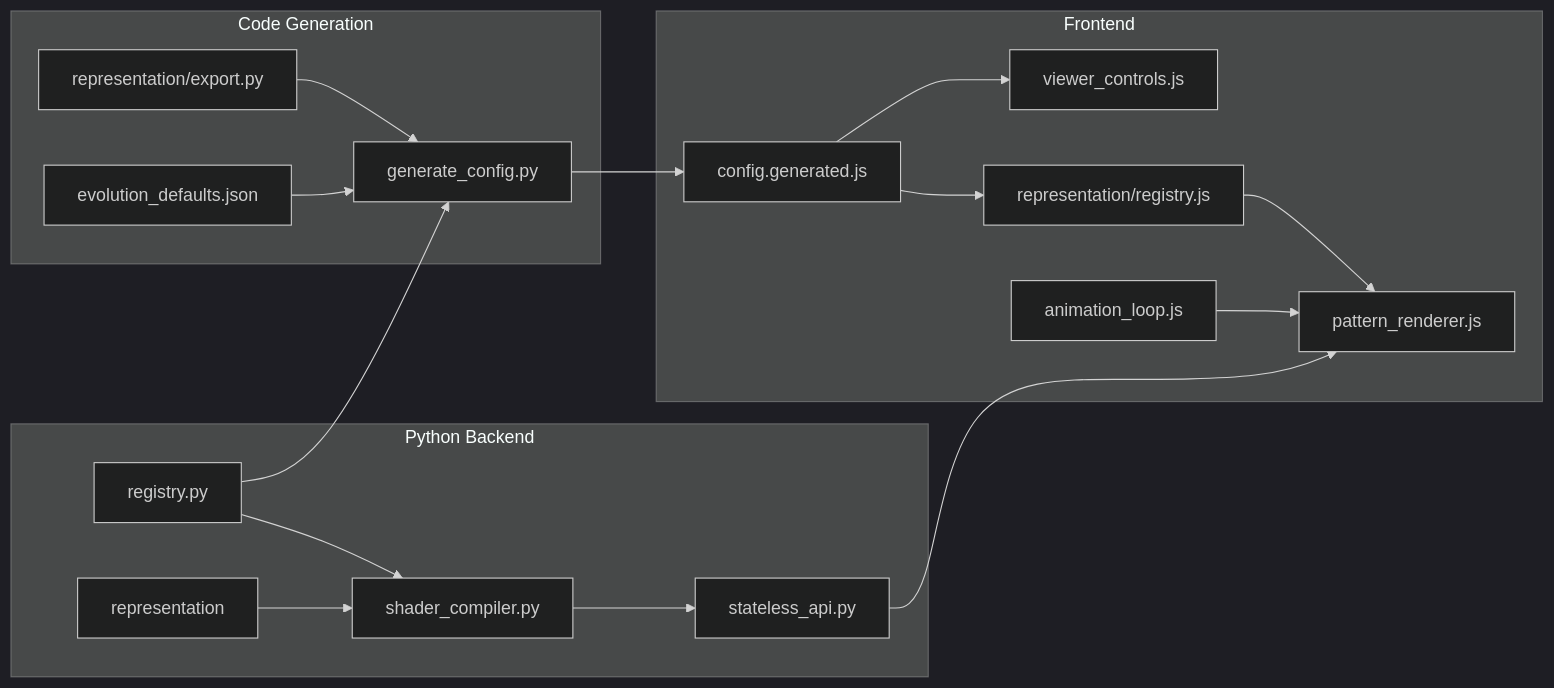
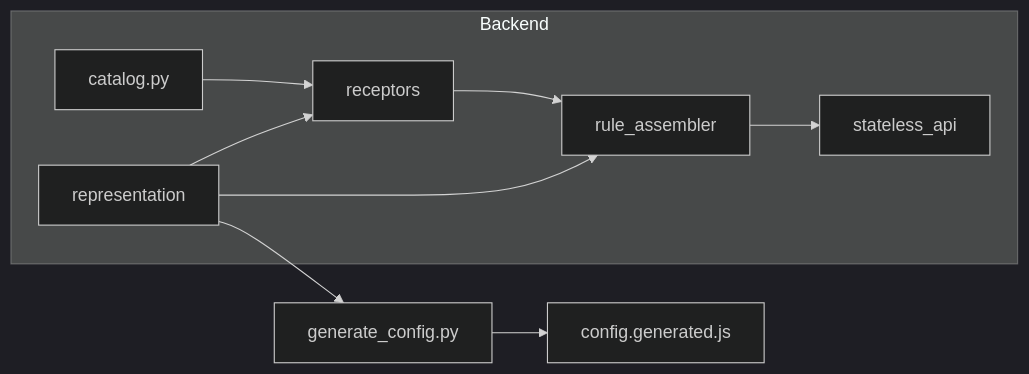
Before and after one commit to KeithPatarroyo/eyecatcher: the diagram in RESEARCHER_GUIDE.md, drawn with Mermaid (dark theme). The commit also changed other lines of this file, not shown here.

````diff
--- a/RESEARCHER_GUIDE.md
+++ b/RESEARCHER_GUIDE.md
@@ -51,24 +40,13 @@
 ```mermaid
 flowchart LR
-    subgraph python [Python Backend]
-        Signals[registry.py] --> ShaderCompiler[shader_compiler.py]
+    subgraph backend [Backend]
         Rep[representation]
-        Rep --> ShaderCompiler
-        ShaderCompiler --> API[stateless_api.py]
+        Rep --> Receptors[receptors]
+        Rep --> RuleAssembler[rule_assembler]
+        Catalog[catalog.py] --> Receptors
+        Receptors --> RuleAssembler
+        RuleAssembler --> API[stateless_api]
     end
-
-    subgraph codegen [Code Generation]
-        Signals --> GenConfig[generate_config.py]
-        RepExport[representation/export.py] --> GenConfig
-        Defaults[evolution_defaults.json] --> GenConfig
-    end
-
-    subgraph frontend [Frontend]
-        GenConfig --> Unified[config.generated.js]
-        Unified --> ViewerControls[viewer_controls.js]
-        Unified --> Registry[representation/registry.js]
-        Registry --> PatternRenderer[pattern_renderer.js]
-        AnimLoop[animation_loop.js] --> PatternRenderer
-        API --> PatternRenderer
-    end
+    GenConfig[generate_config.py] --> Frontend[config.generated.js]
+    Rep --> GenConfig
 ```
````
